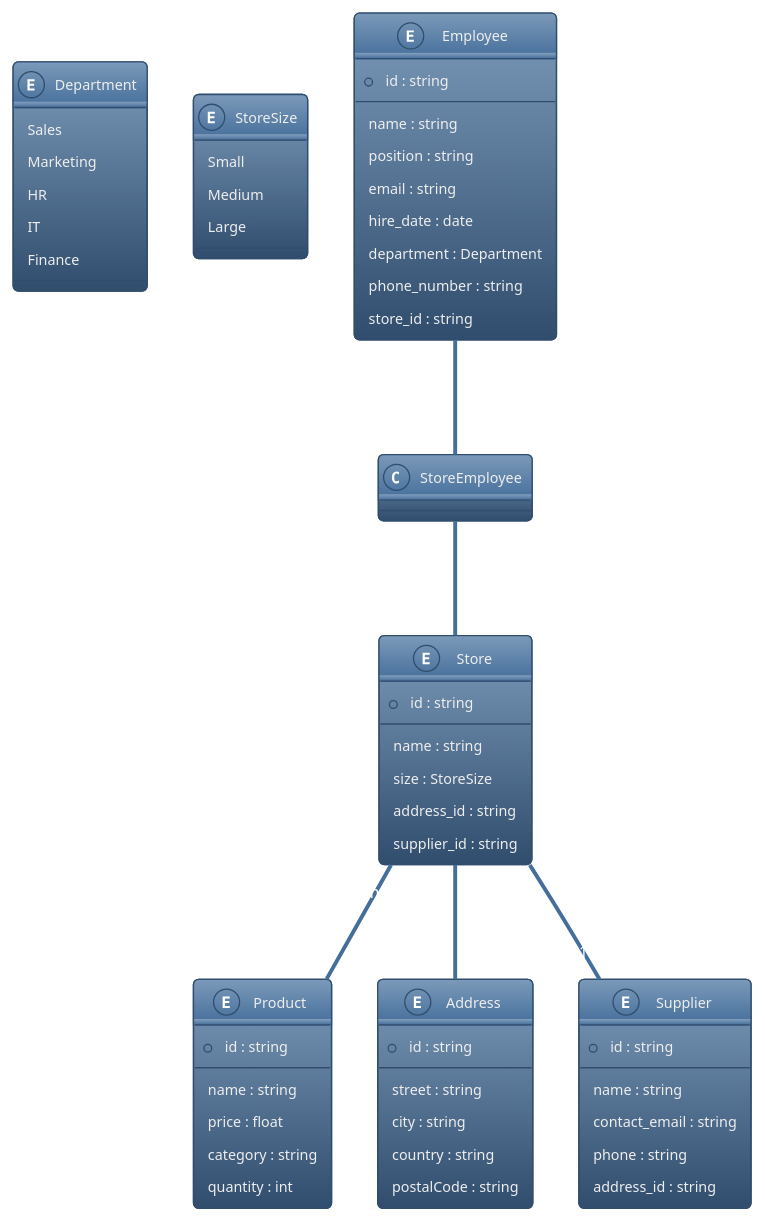
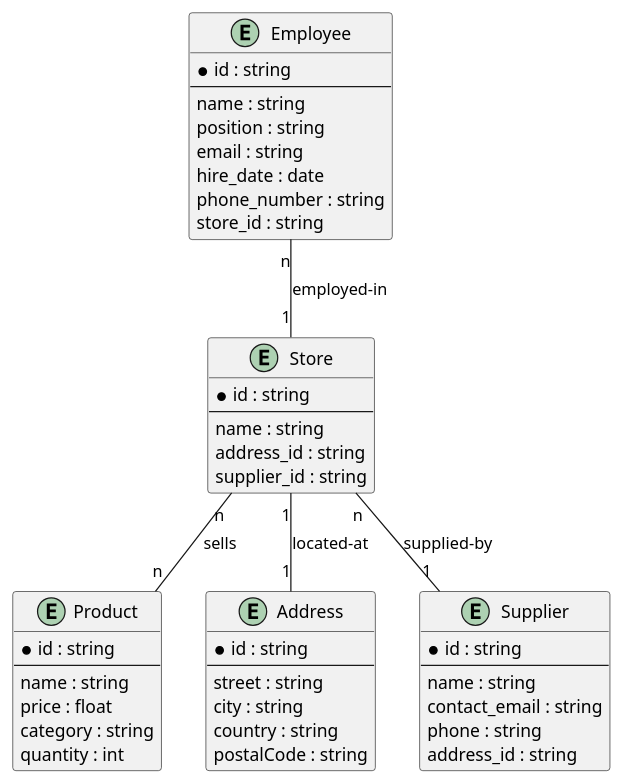
Before and after one commit to marius-a-mueller/avg-datenintegration: the diagram in en/en.plantuml, drawn with PlantUML.

Commit message:
en Diagramm angepasst

```diff
--- a/en/en.plantuml
+++ b/en/en.plantuml
@@ -1,71 +1,54 @@
 @startuml en
-!theme spacelab
 
-enum Department {
-  Sales
-  Marketing
-  HR
-  IT
-  Finance
-}
-
-enum StoreSize {
-  Small
-  Medium
-  Large
-}
 
 entity Employee {
   *id : string
   --
   name : string
   position : string
   email : string
   hire_date : date
-  department : Department
   phone_number : string
   store_id : string
 }
 
 entity Product {
   *id : string
   --
   name : string
   price : float
   category : string
   quantity : int
 }
 
 entity Store {
   *id : string
   --
   name : string
-  size : StoreSize
   address_id : string
   supplier_id : string
 }
 
 entity Address {
   *id : string
   --
   street : string
   city : string
   country : string
   postalCode : string
 }
 
 entity Supplier {
   *id : string
   --
   name : string
   contact_email : string
   phone : string
   address_id : string
 }
 
-Employee "1" -- "n" StoreEmployee : works-at
-StoreEmployee "n" -- "1" Store : employed-in
+Employee "n" -- "1" Store : employed-in
 Store "1" -- "1" Address : located-at
 Store "n" -- "1" Supplier : supplied-by
 Store "n" -- "n" Product : sells
 @enduml
```
